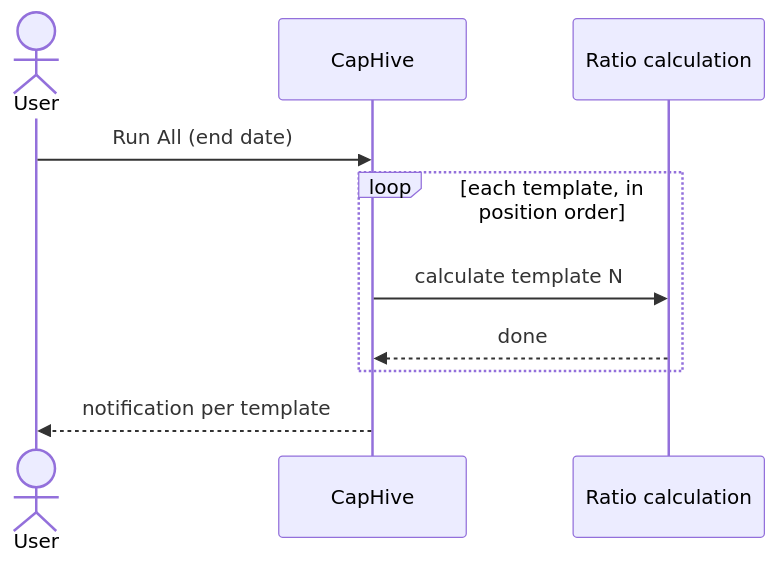
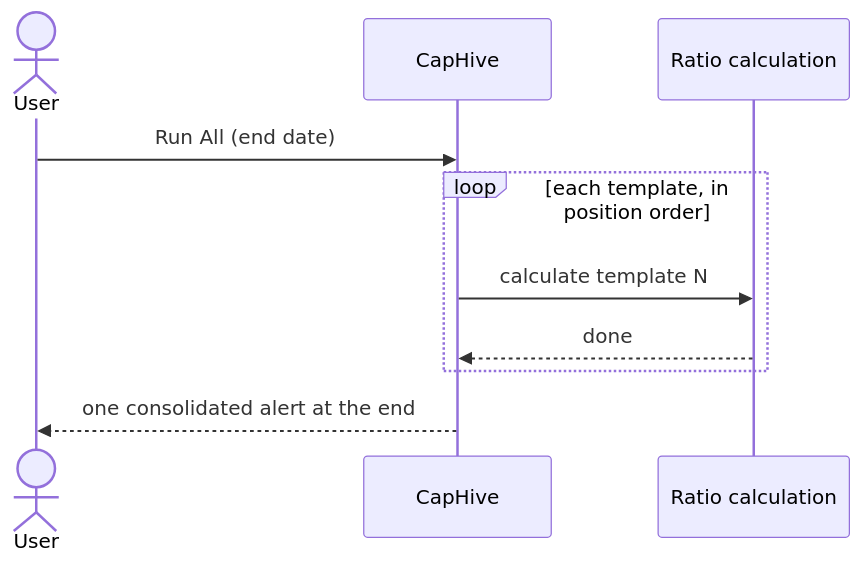
Before and after one commit to sampadadiwan/IRM_CompanyMain: the diagram in docs/user_guides/fund_ratio_run_templates_user_guide.md, drawn with Mermaid. The commit also changed other lines of this file and 135 other files, not shown here.

````diff
--- a/docs/user_guides/fund_ratio_run_templates_user_guide.md
+++ b/docs/user_guides/fund_ratio_run_templates_user_guide.md
@@ -100,13 +104,13 @@
 ```mermaid
 sequenceDiagram
     actor User
     participant System as CapHive
     participant Run as Ratio calculation
 
     User->>System: Run All (end date)
     loop each template, in position order
         System->>Run: calculate template N
         Run-->>System: done
     end
-    System-->>User: notification per template
+    System-->>User: one consolidated alert at the end
 ```
````
